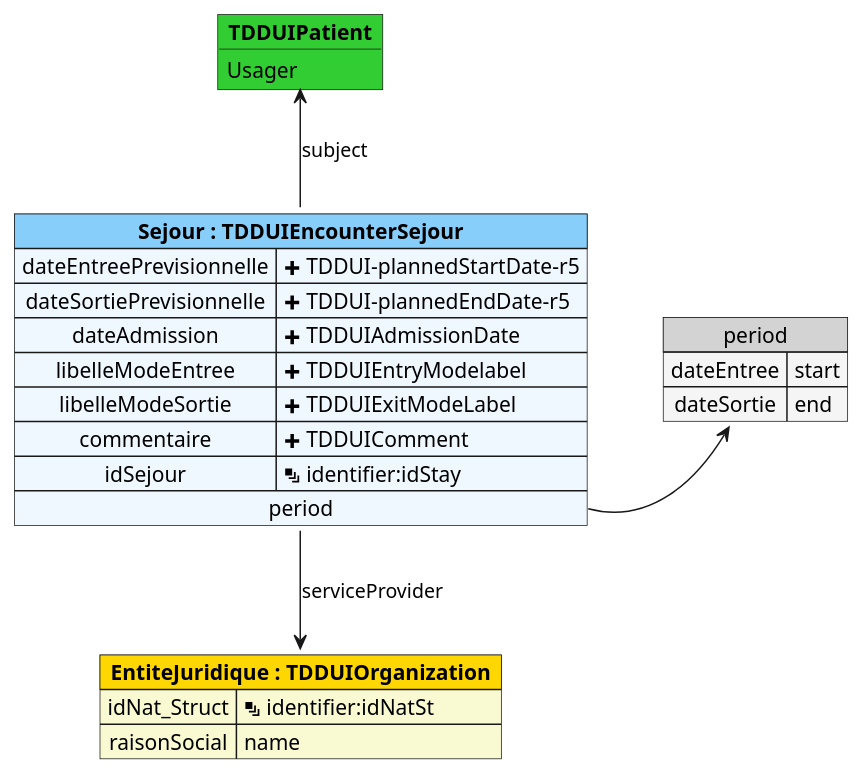
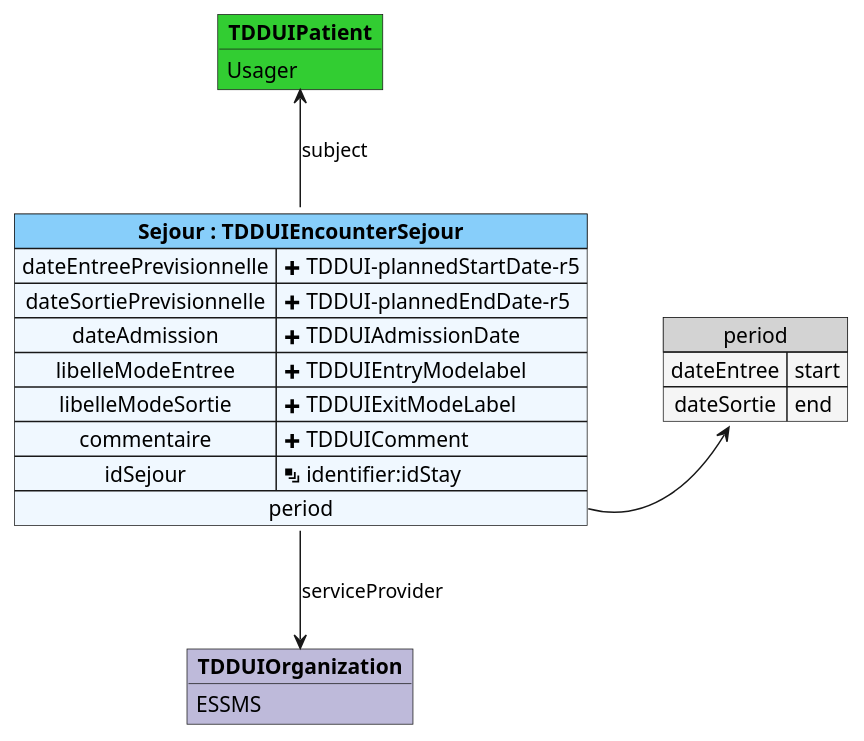
Before and after one commit to ansforge/IG-fhir-medicosocial-transfert-donnees-dui: the diagram in input/images-source/mapping_TDDUIEncounterSejour.plantuml, drawn with PlantUML. The commit also changed 47 other files, not shown here.

```diff
--- a/input/images-source/mapping_TDDUIEncounterSejour.plantuml
+++ b/input/images-source/mapping_TDDUIEncounterSejour.plantuml
@@ -1,31 +1,30 @@
 @startuml
 
 map "period" as period #back:WhiteSmoke;header:LightGray {
     dateEntree => start
     dateSortie => end
 }
 
 object "**TDDUIPatient**" as TDDUIPatient #LimeGreen {
     Usager
 }
 
-map "**EntiteJuridique : TDDUIOrganization**" as TDDUIOrganization #back:LightGoldenRodYellow;header:Gold {
-    idNat_Struct => <&layers> identifier:idNatSt
-    raisonSocial => name
+object "**TDDUIOrganization**" as TDDUIOrganization #bebada {
+    ESSMS
 }
 
 map "**Sejour : TDDUIEncounterSejour**" as Sejour #back:AliceBlue;header:LightSkyBlue {
     dateEntreePrevisionnelle => <&plus> TDDUI-plannedStartDate-r5
     dateSortiePrevisionnelle => <&plus> TDDUI-plannedEndDate-r5
     dateAdmission => <&plus> TDDUIAdmissionDate
     libelleModeEntree => <&plus> TDDUIEntryModelabel
     libelleModeSortie => <&plus> TDDUIExitModeLabel
     commentaire => <&plus> TDDUIComment
     idSejour => <&layers> identifier:idStay
     period *-> period
 }
 
 Sejour -u-> TDDUIPatient : subject
 Sejour -d-> TDDUIOrganization : serviceProvider
 
 @enduml
```
